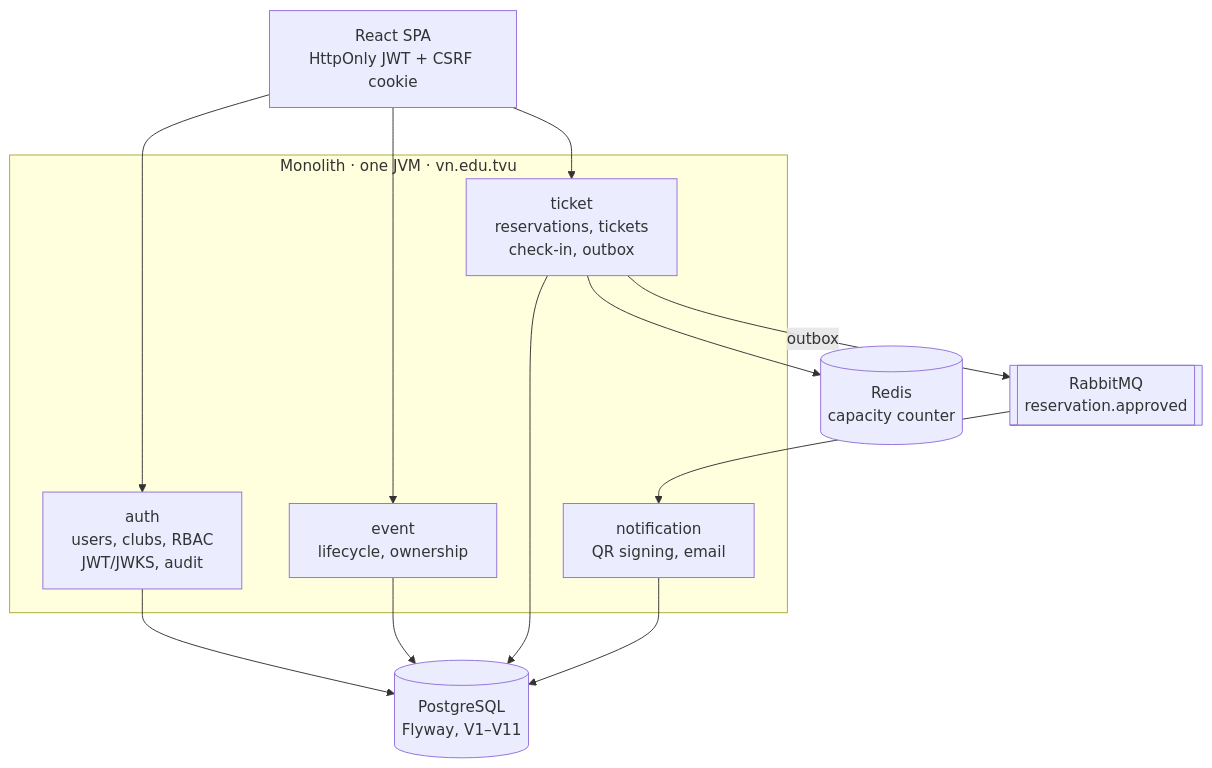
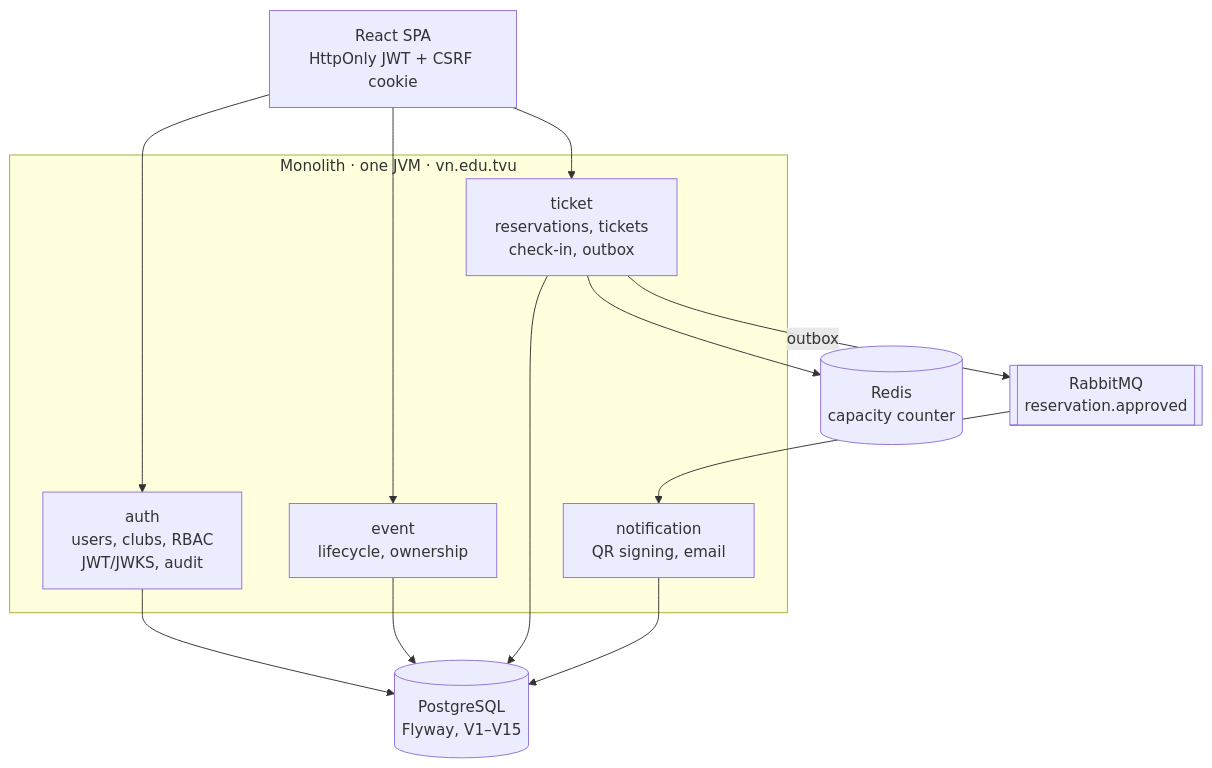
One commit to trhlow/TVU-Event-Ticket changed the second of 3 diagrams in README.md. Above: the diagram before and after it, drawn with Mermaid. The commit also changed other lines of this file and 2 other files, not shown here.

````diff
--- a/README.md
+++ b/README.md
@@ -88,22 +91,22 @@
 ```mermaid
 graph TB
     FE["React SPA<br/>HttpOnly JWT + CSRF cookie"]
     subgraph MONO["Monolith · one JVM · vn.edu.tvu"]
         AUTH["auth<br/>users, clubs, RBAC<br/>JWT/JWKS, audit"]
         EVENT["event<br/>lifecycle, ownership"]
         TICKET["ticket<br/>reservations, tickets<br/>check-in, outbox"]
         NOTIF["notification<br/>QR signing, email"]
     end
-    PG[("PostgreSQL<br/>Flyway, V1–V11")]
+    PG[("PostgreSQL<br/>Flyway, V1–V15")]
     RD[("Redis<br/>capacity counter")]
     MQ[["RabbitMQ<br/>reservation.approved"]]
 
     FE --> AUTH & EVENT & TICKET
     AUTH --> PG
     EVENT --> PG
     TICKET --> PG
     TICKET --> RD
     TICKET -- outbox --> MQ
     MQ --> NOTIF
     NOTIF --> PG
 ```
````
